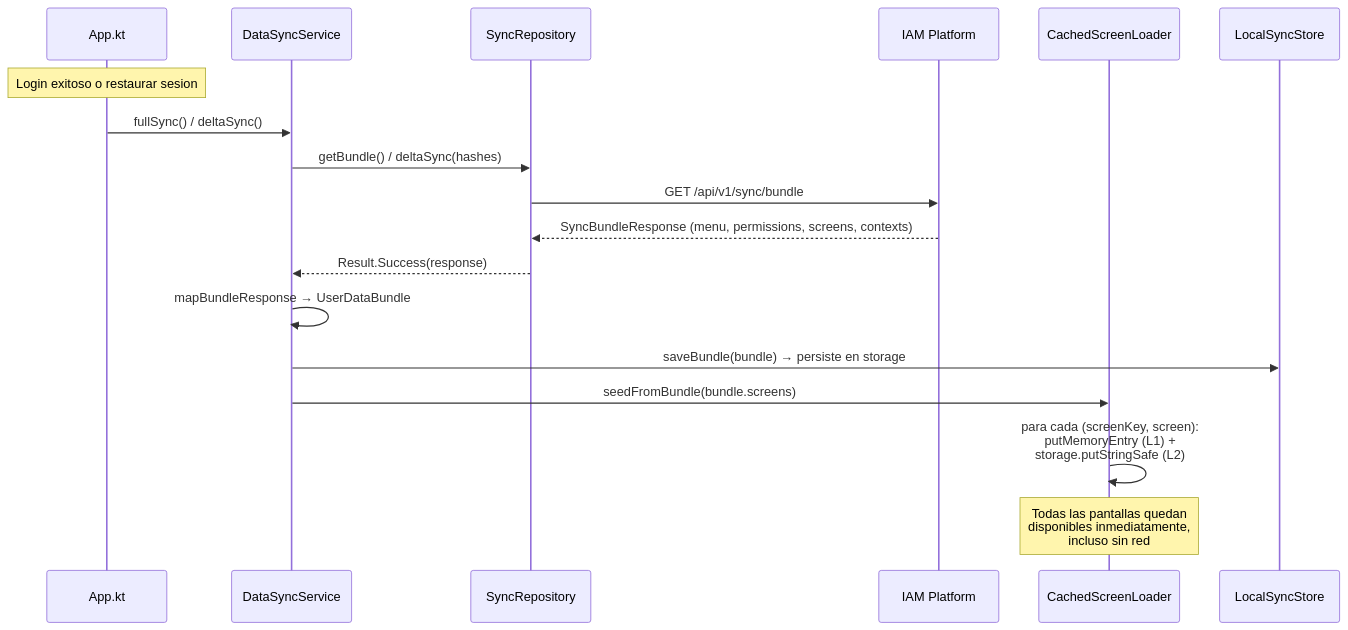
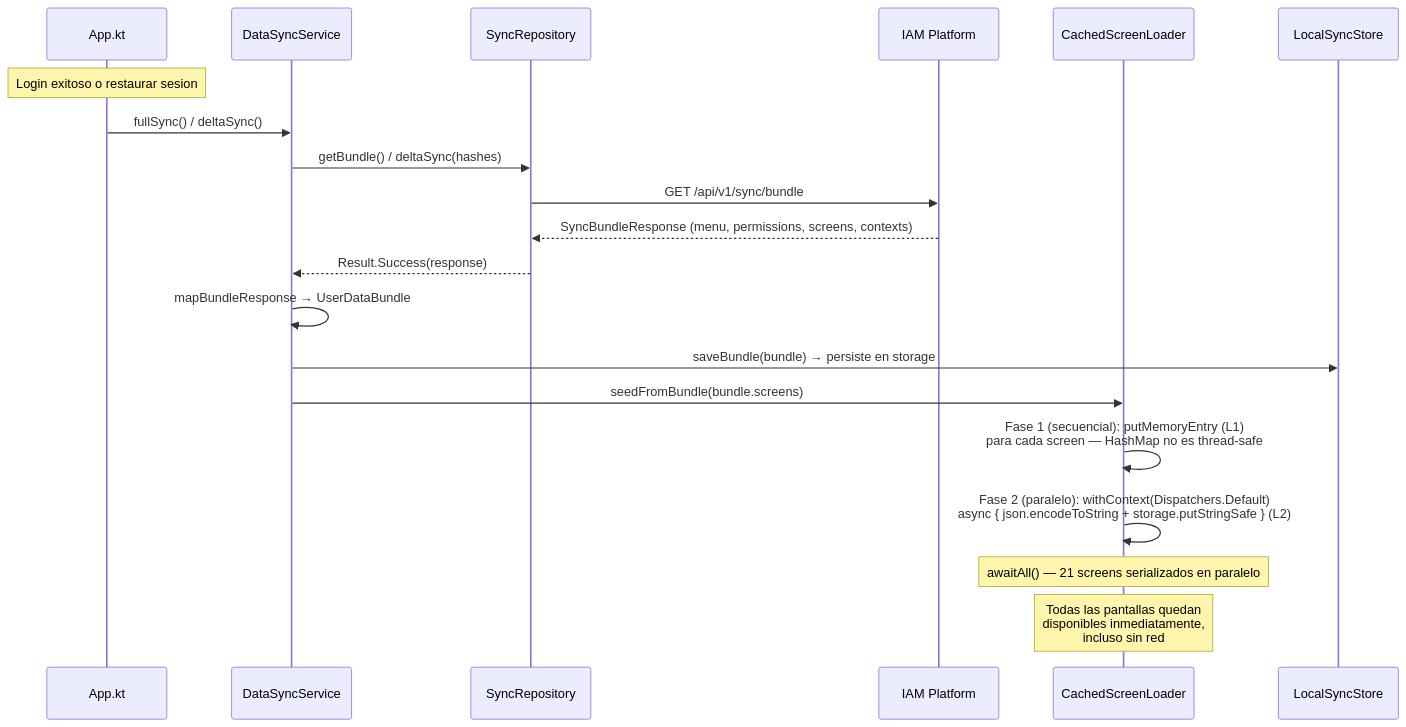
One commit to EduGoGroup/EduUi-KMP changed the sixth of 12 diagrams in docs/flujos-arquitectura/03-carga-sdui.md. Above: the diagram before and after it, drawn with Mermaid. The commit also changed other lines of this file and 9 other files, not shown here.

````diff
--- a/docs/flujos-arquitectura/03-carga-sdui.md
+++ b/docs/flujos-arquitectura/03-carga-sdui.md
@@ -325,24 +325,26 @@
 ```mermaid
 sequenceDiagram
     participant App as App.kt
     participant DSS as DataSyncService
     participant Repo as SyncRepository
     participant Backend as IAM Platform
     participant CL as CachedScreenLoader
     participant Store as LocalSyncStore
 
     Note over App: Login exitoso o restaurar sesion
 
     App->>DSS: fullSync() / deltaSync()
     DSS->>Repo: getBundle() / deltaSync(hashes)
     Repo->>Backend: GET /api/v1/sync/bundle
     Backend-->>Repo: SyncBundleResponse (menu, permissions, screens, contexts)
     Repo-->>DSS: Result.Success(response)
 
     DSS->>DSS: mapBundleResponse → UserDataBundle
     DSS->>Store: saveBundle(bundle) → persiste en storage
     DSS->>CL: seedFromBundle(bundle.screens)
-    CL->>CL: para cada (screenKey, screen):<br/>putMemoryEntry (L1) +<br/>storage.putStringSafe (L2)
+    CL->>CL: Fase 1 (secuencial): putMemoryEntry (L1)<br/>para cada screen — HashMap no es thread-safe
+    CL->>CL: Fase 2 (paralelo): withContext(Dispatchers.Default)<br/>async { json.encodeToString + storage.putStringSafe } (L2)
+    Note over CL: awaitAll() — 21 screens serializados en paralelo
 
     Note over CL: Todas las pantallas quedan<br/>disponibles inmediatamente,<br/>incluso sin red
 ```
````
